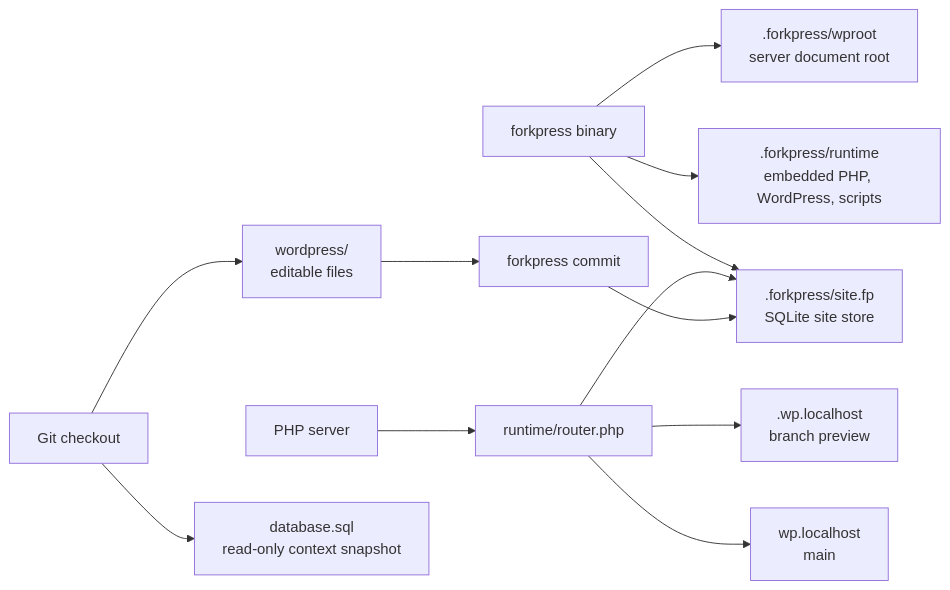
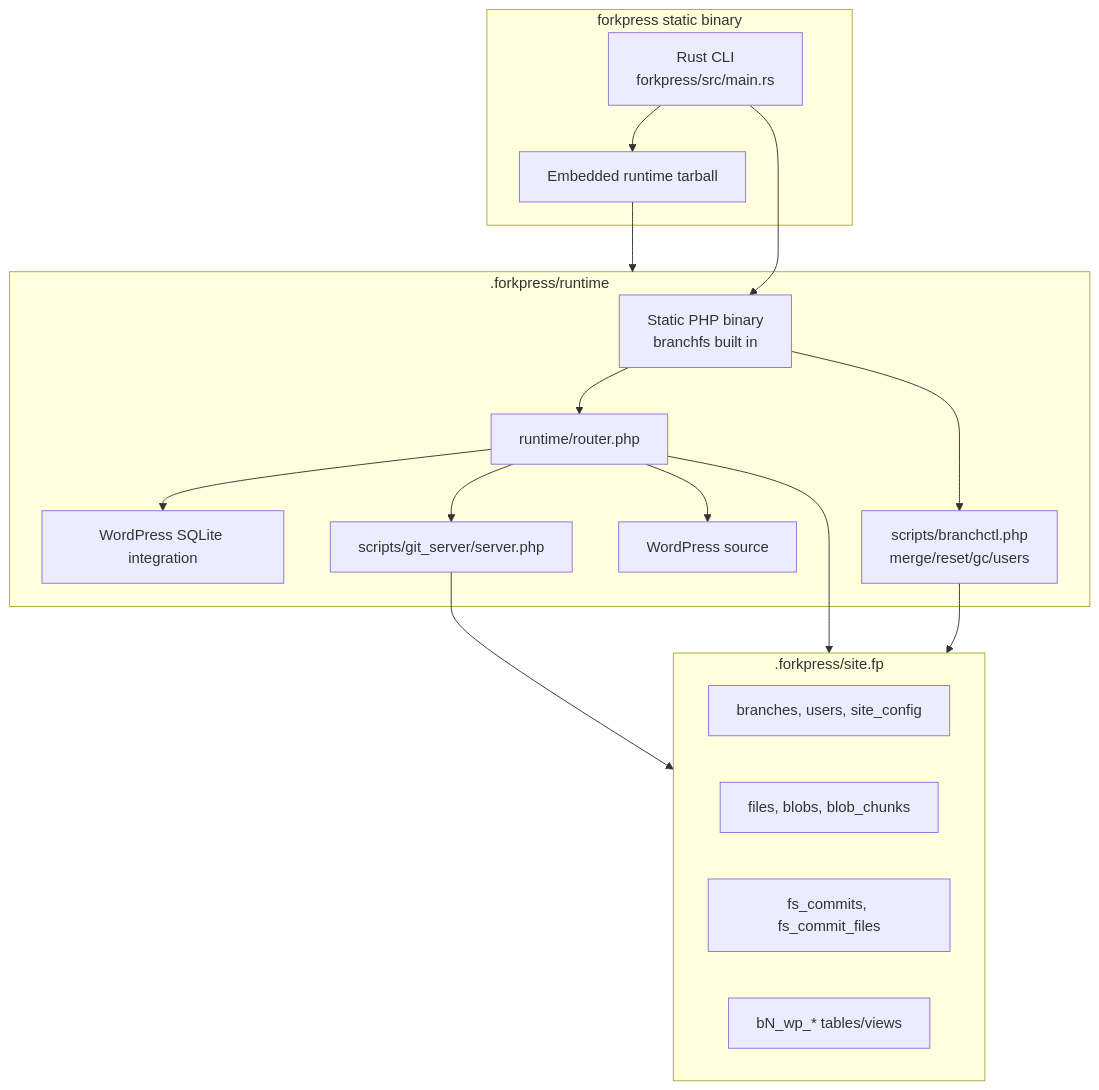
The second of 5 diagrams in README.md (Automattic/forkpress), drawn with Mermaid before and after one commit. The commit also changed other lines of this file, not shown here.

Commit message:
Expand README architecture overview

````diff
--- a/README.md
+++ b/README.md
@@ -138,14 +181,35 @@
 ```mermaid
-flowchart LR
-    bin[forkpress binary] --> runtime[.forkpress/runtime<br/>embedded PHP, WordPress, scripts]
-    bin --> root[.forkpress/wproot<br/>server document root]
-    bin --> store[.forkpress/site.fp<br/>SQLite site store]
-    server[PHP server] --> router[runtime/router.php]
-    router --> main[wp.localhost<br/>main]
-    router --> branch["<branch>.wp.localhost<br/>branch preview"]
-    router --> store
-    clone[Git checkout] --> files[wordpress/<br/>editable files]
-    clone --> snapshot[database.sql<br/>read-only context snapshot]
-    files --> push[forkpress commit]
-    push --> store
+flowchart TB
+    subgraph Binary["forkpress static binary"]
+        rust[Rust CLI<br/>forkpress/src/main.rs]
+        bundle[Embedded runtime tarball]
+    end
+
+    subgraph Runtime[".forkpress/runtime"]
+        php[Static PHP binary<br/>branchfs built in]
+        router[runtime/router.php]
+        ctl[scripts/branchctl.php<br/>merge/reset/gc/users]
+        gitserver[scripts/git_server/server.php]
+        sqlitewp[WordPress SQLite integration]
+        wp[WordPress source]
+    end
+
+    subgraph Store[".forkpress/site.fp"]
+        meta[branches, users, site_config]
+        files[files, blobs, blob_chunks]
+        fscommits[fs_commits, fs_commit_files]
+        tables[bN_wp_* tables/views]
+    end
+
+    rust --> bundle
+    bundle --> Runtime
+    rust --> php
+    php --> router
+    php --> ctl
+    router --> sqlitewp
+    router --> gitserver
+    router --> wp
+    router --> Store
+    ctl --> Store
+    gitserver --> Store
 ```
````
